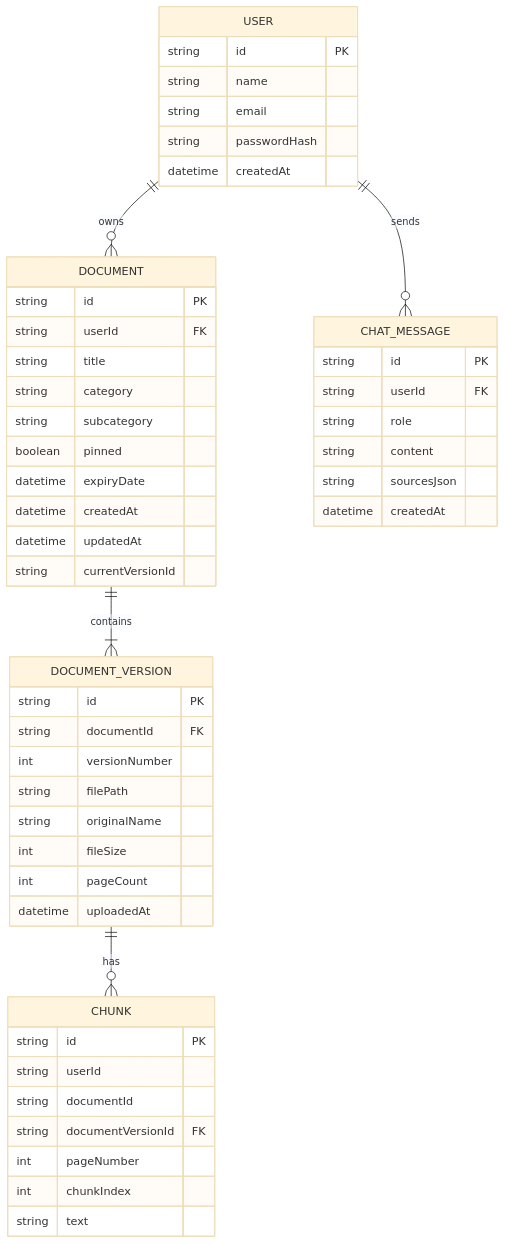
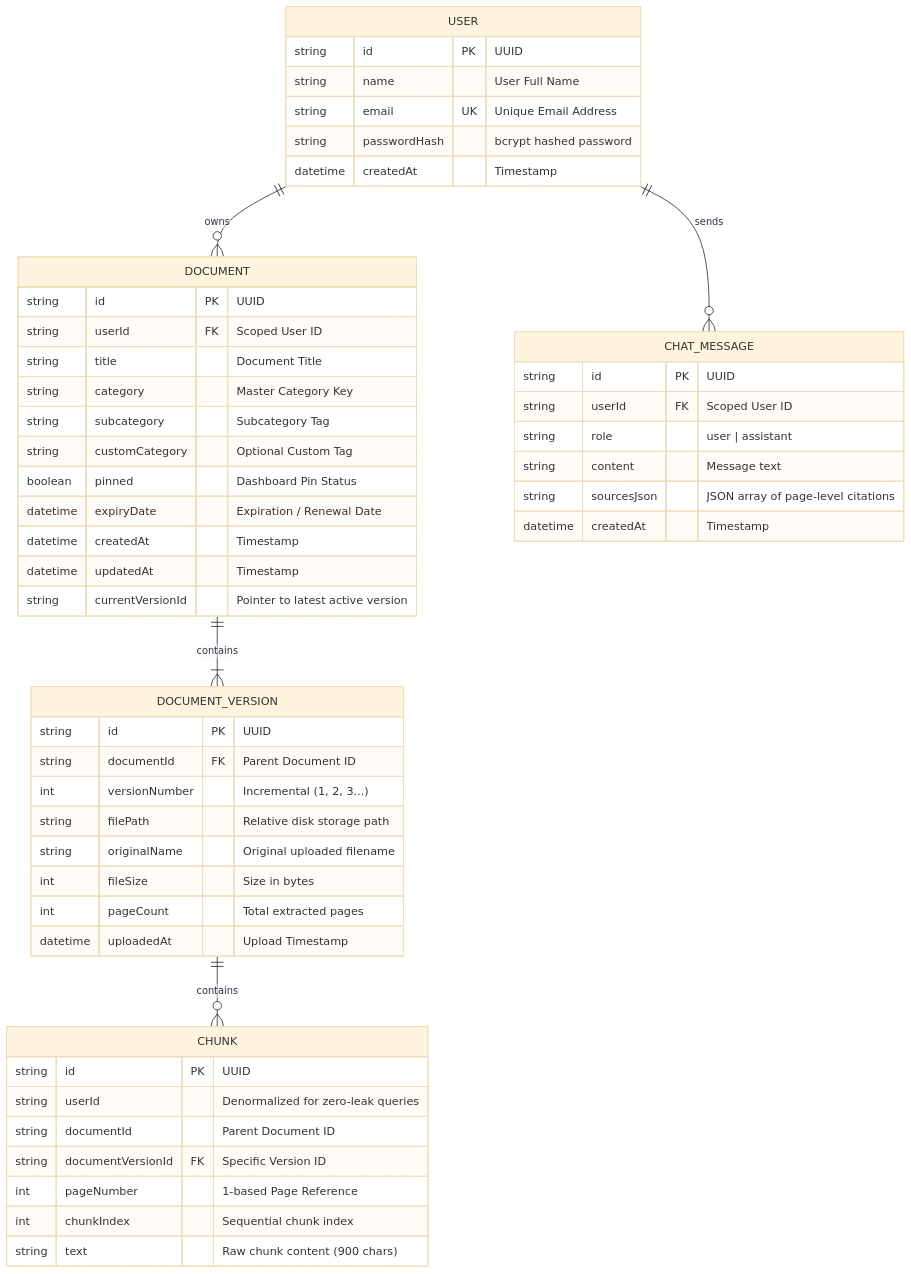
The diagram in README.md (Sidd1104/DocuMind), drawn with Mermaid (base theme) before and after one commit. The commit also changed other lines of this file, not shown here.

Commit message:
docs: upgrade README with comprehensive architecture, features, API specs, and visual styling

````diff
--- a/README.md
+++ b/README.md
@@ -223,58 +364,59 @@
 ```mermaid
 erDiagram
     USER ||--o{ DOCUMENT : owns
     USER ||--o{ CHAT_MESSAGE : sends
     DOCUMENT ||--|{ DOCUMENT_VERSION : contains
-    DOCUMENT_VERSION ||--o{ CHUNK : has
+    DOCUMENT_VERSION ||--o{ CHUNK : contains
 
     USER {
-        string id PK
-        string name
-        string email
-        string passwordHash
-        datetime createdAt
+        string id PK "UUID"
+        string name "User Full Name"
+        string email UK "Unique Email Address"
+        string passwordHash "bcrypt hashed password"
+        datetime createdAt "Timestamp"
     }
 
     DOCUMENT {
-        string id PK
-        string userId FK
-        string title
-        string category
-        string subcategory
-        boolean pinned
-        datetime expiryDate
-        datetime createdAt
-        datetime updatedAt
-        string currentVersionId
+        string id PK "UUID"
+        string userId FK "Scoped User ID"
+        string title "Document Title"
+        string category "Master Category Key"
+        string subcategory "Subcategory Tag"
+        string customCategory "Optional Custom Tag"
+        boolean pinned "Dashboard Pin Status"
+        datetime expiryDate "Expiration / Renewal Date"
+        datetime createdAt "Timestamp"
+        datetime updatedAt "Timestamp"
+        string currentVersionId "Pointer to latest active version"
     }
 
     DOCUMENT_VERSION {
-        string id PK
-        string documentId FK
-        int versionNumber
-        string filePath
-        string originalName
-        int fileSize
-        int pageCount
-        datetime uploadedAt
+        string id PK "UUID"
+        string documentId FK "Parent Document ID"
+        int versionNumber "Incremental (1, 2, 3...)"
+        string filePath "Relative disk storage path"
+        string originalName "Original uploaded filename"
+        int fileSize "Size in bytes"
+        int pageCount "Total extracted pages"
+        datetime uploadedAt "Upload Timestamp"
     }
 
     CHUNK {
-        string id PK
-        string userId
-        string documentId
-        string documentVersionId FK
-        int pageNumber
-        int chunkIndex
-        string text
+        string id PK "UUID"
+        string userId "Denormalized for zero-leak queries"
+        string documentId "Parent Document ID"
+        string documentVersionId FK "Specific Version ID"
+        int pageNumber "1-based Page Reference"
+        int chunkIndex "Sequential chunk index"
+        string text "Raw chunk content (900 chars)"
     }
 
     CHAT_MESSAGE {
-        string id PK
-        string userId FK
-        string role
-        string content
-        string sourcesJson
-        datetime createdAt
+        string id PK "UUID"
+        string userId FK "Scoped User ID"
+        string role "user | assistant"
+        string content "Message text"
+        string sourcesJson "JSON array of page-level citations"
+        datetime createdAt "Timestamp"
     }
 ```
````
